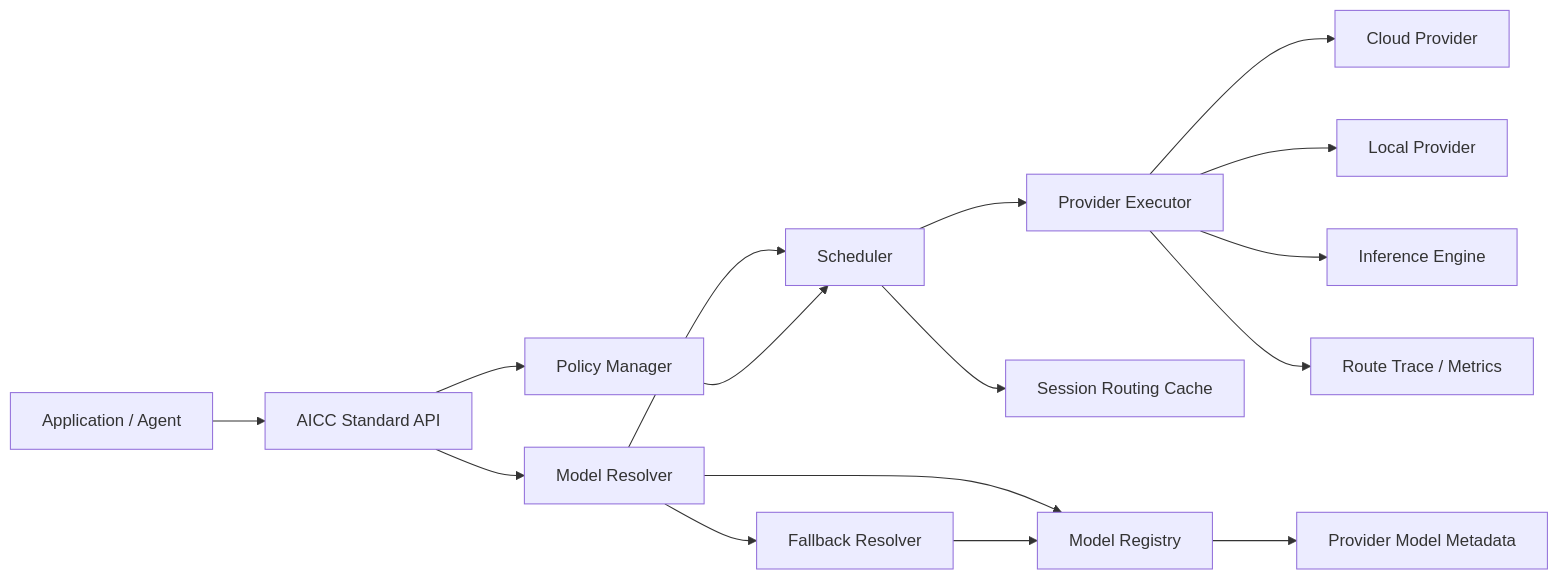
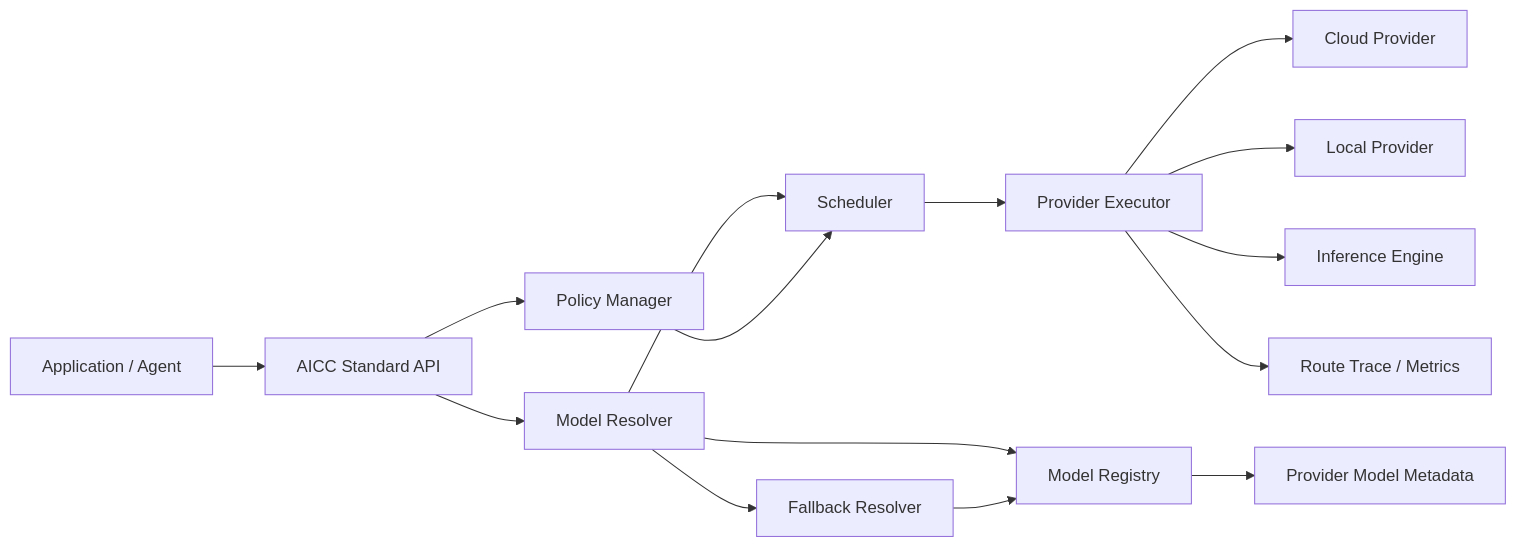
Before and after one commit to wugren/buckyos: the first of 2 diagrams in doc/aicc/aicc_router.md, drawn with Mermaid. The commit also changed other lines of this file and 15 other files, not shown here.

````diff
--- a/doc/aicc/aicc_router.md
+++ b/doc/aicc/aicc_router.md
@@ -79,18 +79,17 @@
 ```mermaid
 flowchart LR
     App[Application / Agent] --> AICC[AICC Standard API]
     AICC --> Policy[Policy Manager]
     AICC --> Resolver[Model Resolver]
     Resolver --> Registry[Model Registry]
     Registry --> ProviderMeta[Provider Model Metadata]
     Resolver --> Fallback[Fallback Resolver]
     Fallback --> Registry
     Resolver --> Scheduler[Scheduler]
     Policy --> Scheduler
-    Scheduler --> Session[Session Routing Cache]
     Scheduler --> Executor[Provider Executor]
     Executor --> P1[Cloud Provider]
     Executor --> P2[Local Provider]
     Executor --> P3[Inference Engine]
     Executor --> Trace[Route Trace / Metrics]
 ```
````
